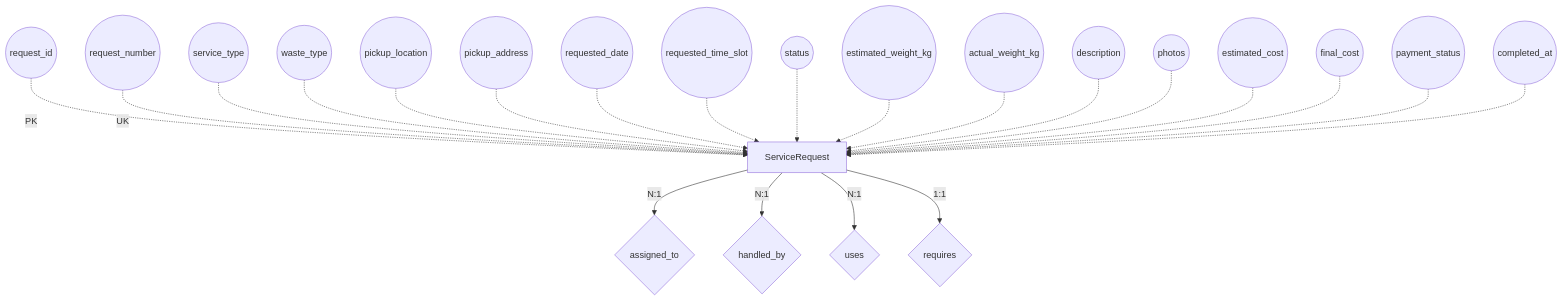
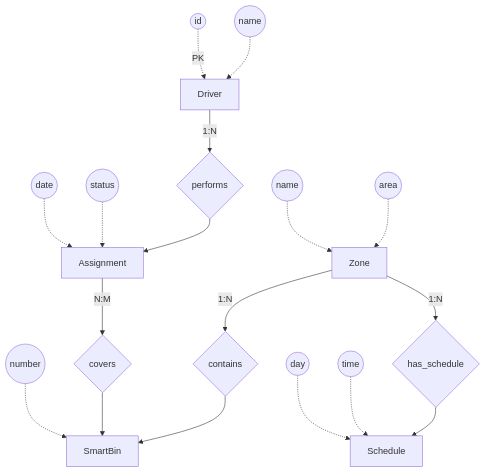
One commit to Ellis-Ayikwei/waste-wise changed the fifth of 8 diagrams in documentation/wasgo-erd.md. Above: the diagram before and after it, drawn with Mermaid. The commit also changed other lines of this file, not shown here.

Commit message:
Refactor ERD documentation to high-level conceptual view with simplified diagrams

````diff
--- a/documentation/wasgo-erd.md
+++ b/documentation/wasgo-erd.md
@@ -254,53 +267,47 @@
 ```mermaid
 graph TB
-    %% Entity
-    ServiceRequest[ServiceRequest]
+    %% COLLECTION ENTITIES
+    Zone[Zone]
+    zone_name((name))
+    zone_area((area))
     
-    %% Attributes
-    request_id((request_id))
-    request_number((request_number))
-    service_type((service_type))
-    waste_type((waste_type))
-    pickup_location((pickup_location))
-    pickup_address((pickup_address))
-    requested_date((requested_date))
-    requested_time_slot((requested_time_slot))
-    sr_status((status))
-    estimated_weight_kg((estimated_weight_kg))
-    actual_weight_kg((actual_weight_kg))
-    sr_description((description))
-    photos((photos))
-    estimated_cost((estimated_cost))
-    final_cost((final_cost))
-    payment_status((payment_status))
-    completed_at((completed_at))
+    zone_name -.-> Zone
+    zone_area -.-> Zone
     
-    request_id -.->|PK| ServiceRequest
-    request_number -.->|UK| ServiceRequest
-    service_type -.-> ServiceRequest
-    waste_type -.-> ServiceRequest
-    pickup_location -.-> ServiceRequest
-    pickup_address -.-> ServiceRequest
-    requested_date -.-> ServiceRequest
-    requested_time_slot -.-> ServiceRequest
-    sr_status -.-> ServiceRequest
-    estimated_weight_kg -.-> ServiceRequest
-    actual_weight_kg -.-> ServiceRequest
-    sr_description -.-> ServiceRequest
-    photos -.-> ServiceRequest
-    estimated_cost -.-> ServiceRequest
-    final_cost -.-> ServiceRequest
-    payment_status -.-> ServiceRequest
-    completed_at -.-> ServiceRequest
+    CollectionSchedule[Schedule]
+    schedule_day((day))
+    schedule_time((time))
     
-    %% Relationships
-    assigned_to{assigned_to}
-    handled_by{handled_by}
-    uses{uses}
-    requires{requires}
+    schedule_day -.-> CollectionSchedule
+    schedule_time -.-> CollectionSchedule
     
-    ServiceRequest -->|N:1| assigned_to
-    ServiceRequest -->|N:1| handled_by
-    ServiceRequest -->|N:1| uses
-    ServiceRequest -->|1:1| requires
+    CollectionAssignment[Assignment]
+    assign_date((date))
+    assign_status((status))
+    
+    assign_date -.-> CollectionAssignment
+    assign_status -.-> CollectionAssignment
+    
+    Driver[Driver]
+    driver_id((id))
+    driver_name((name))
+    
+    driver_id -.->|PK| Driver
+    driver_name -.-> Driver
+    
+    SmartBin[SmartBin]
+    bin_number((number))
+    
+    bin_number -.-> SmartBin
+    
+    %% COLLECTION RELATIONSHIPS
+    has_schedule{has_schedule}
+    performs{performs}
+    covers{covers}
+    contains{contains}
+    
+    Zone -->|1:N| has_schedule --> CollectionSchedule
+    Driver -->|1:N| performs --> CollectionAssignment
+    CollectionAssignment -->|N:M| covers --> SmartBin
+    Zone -->|1:N| contains --> SmartBin
 ```
````
